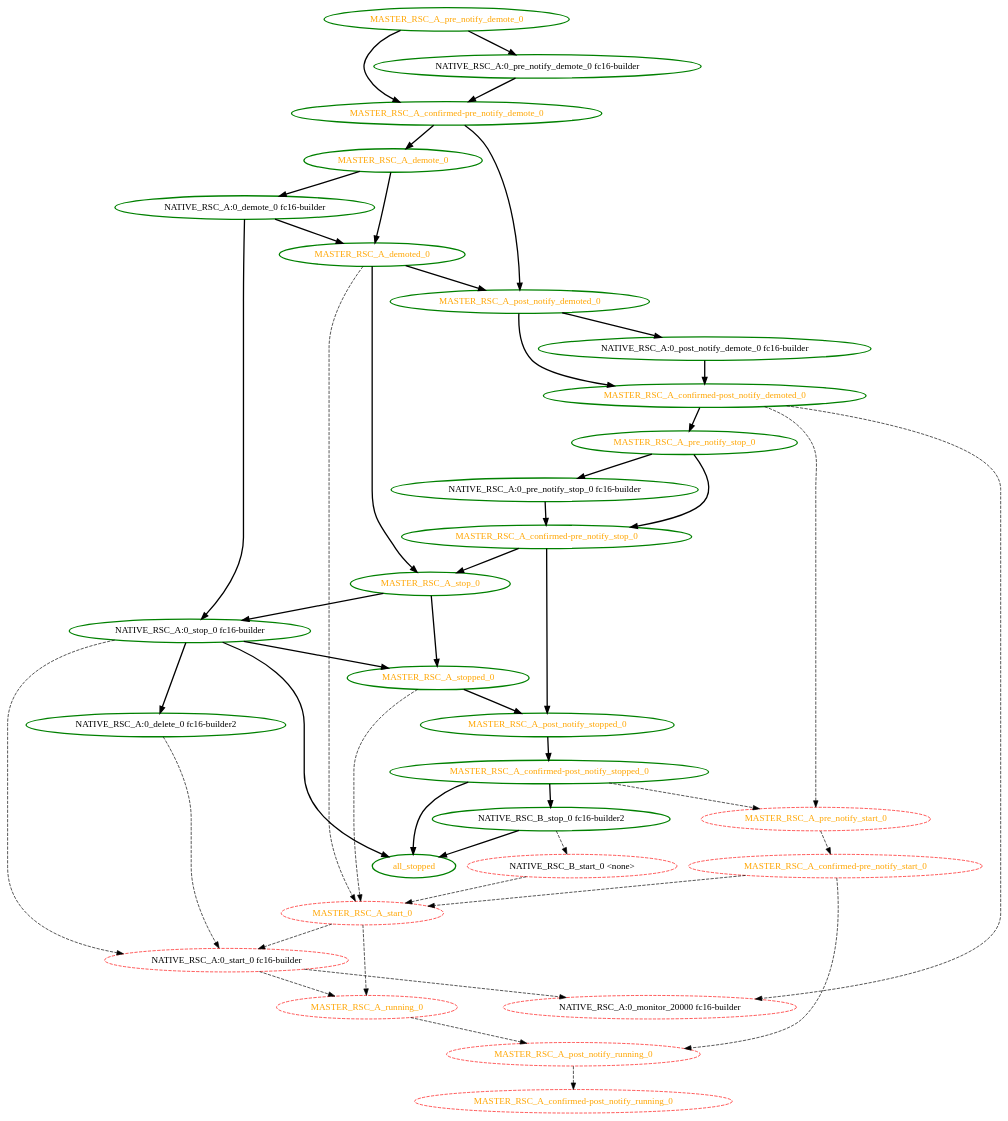
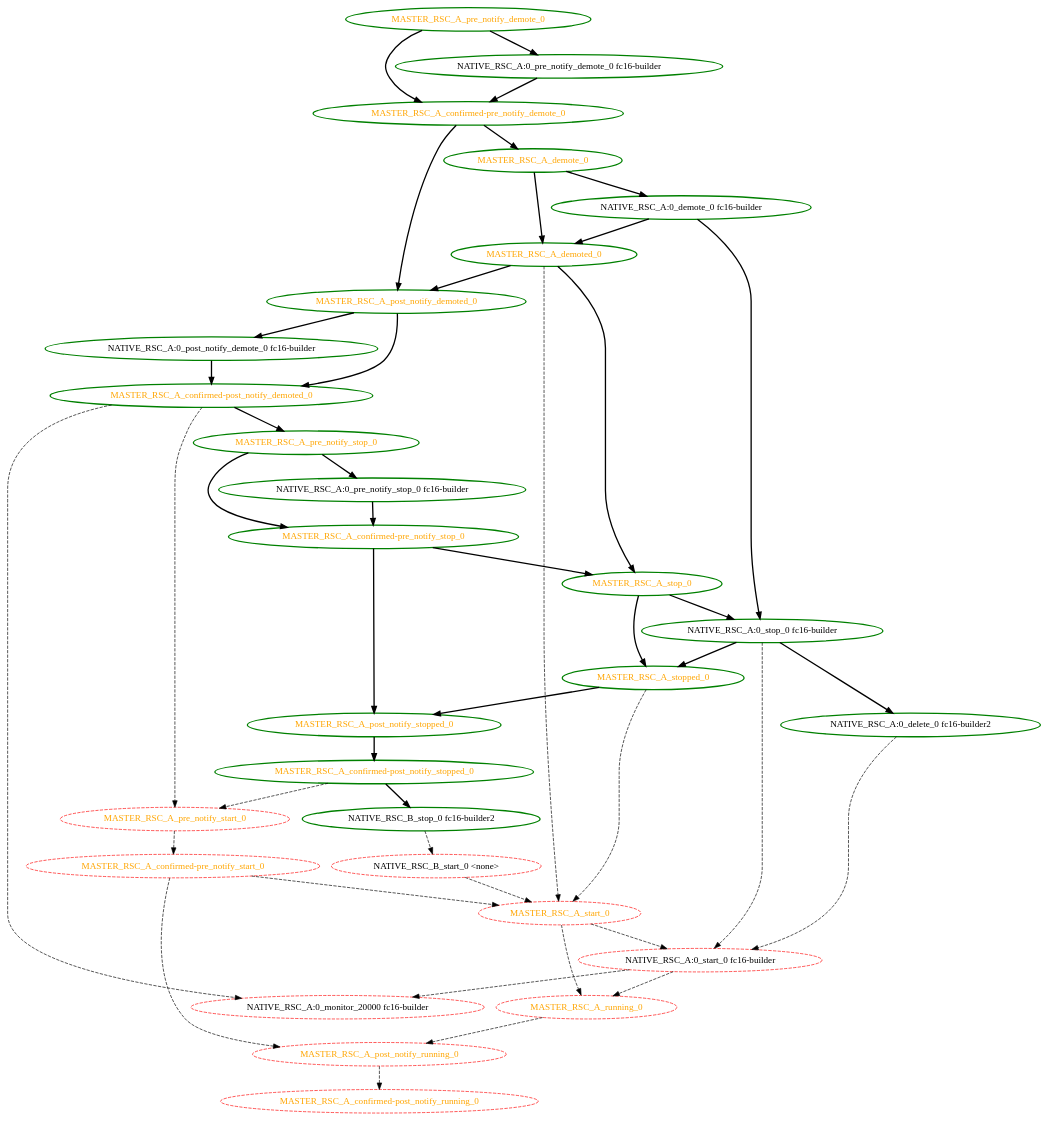
Before and after one commit to eurolinux-enterprise-linux-sources/pacemaker: the diagram in src/pengine/test10/order_constraint_stops_master.dot, drawn with Graphviz. The commit also changed 1674 other files, not shown here.

```diff
--- a/src/pengine/test10/order_constraint_stops_master.dot
+++ b/src/pengine/test10/order_constraint_stops_master.dot
@@ -1,79 +1,75 @@
  digraph "g" {
 "MASTER_RSC_A_confirmed-post_notify_demoted_0" -> "MASTER_RSC_A_pre_notify_start_0" [ style = dashed]
 "MASTER_RSC_A_confirmed-post_notify_demoted_0" -> "MASTER_RSC_A_pre_notify_stop_0" [ style = bold]
 "MASTER_RSC_A_confirmed-post_notify_demoted_0" -> "NATIVE_RSC_A:0_monitor_20000 fc16-builder" [ style = dashed]
 "MASTER_RSC_A_confirmed-post_notify_demoted_0" [ style=bold color="green" fontcolor="orange"]
 "MASTER_RSC_A_confirmed-post_notify_running_0" [ style=dashed color="red" fontcolor="orange"]
 "MASTER_RSC_A_confirmed-post_notify_stopped_0" -> "MASTER_RSC_A_pre_notify_start_0" [ style = dashed]
 "MASTER_RSC_A_confirmed-post_notify_stopped_0" -> "NATIVE_RSC_B_stop_0 fc16-builder2" [ style = bold]
-"MASTER_RSC_A_confirmed-post_notify_stopped_0" -> "all_stopped" [ style = bold]
 "MASTER_RSC_A_confirmed-post_notify_stopped_0" [ style=bold color="green" fontcolor="orange"]
 "MASTER_RSC_A_confirmed-pre_notify_demote_0" -> "MASTER_RSC_A_demote_0" [ style = bold]
 "MASTER_RSC_A_confirmed-pre_notify_demote_0" -> "MASTER_RSC_A_post_notify_demoted_0" [ style = bold]
 "MASTER_RSC_A_confirmed-pre_notify_demote_0" [ style=bold color="green" fontcolor="orange"]
 "MASTER_RSC_A_confirmed-pre_notify_start_0" -> "MASTER_RSC_A_post_notify_running_0" [ style = dashed]
 "MASTER_RSC_A_confirmed-pre_notify_start_0" -> "MASTER_RSC_A_start_0" [ style = dashed]
 "MASTER_RSC_A_confirmed-pre_notify_start_0" [ style=dashed color="red" fontcolor="orange"]
 "MASTER_RSC_A_confirmed-pre_notify_stop_0" -> "MASTER_RSC_A_post_notify_stopped_0" [ style = bold]
 "MASTER_RSC_A_confirmed-pre_notify_stop_0" -> "MASTER_RSC_A_stop_0" [ style = bold]
 "MASTER_RSC_A_confirmed-pre_notify_stop_0" [ style=bold color="green" fontcolor="orange"]
 "MASTER_RSC_A_demote_0" -> "MASTER_RSC_A_demoted_0" [ style = bold]
 "MASTER_RSC_A_demote_0" -> "NATIVE_RSC_A:0_demote_0 fc16-builder" [ style = bold]
 "MASTER_RSC_A_demote_0" [ style=bold color="green" fontcolor="orange"]
 "MASTER_RSC_A_demoted_0" -> "MASTER_RSC_A_post_notify_demoted_0" [ style = bold]
 "MASTER_RSC_A_demoted_0" -> "MASTER_RSC_A_start_0" [ style = dashed]
 "MASTER_RSC_A_demoted_0" -> "MASTER_RSC_A_stop_0" [ style = bold]
 "MASTER_RSC_A_demoted_0" [ style=bold color="green" fontcolor="orange"]
 "MASTER_RSC_A_post_notify_demoted_0" -> "MASTER_RSC_A_confirmed-post_notify_demoted_0" [ style = bold]
 "MASTER_RSC_A_post_notify_demoted_0" -> "NATIVE_RSC_A:0_post_notify_demote_0 fc16-builder" [ style = bold]
 "MASTER_RSC_A_post_notify_demoted_0" [ style=bold color="green" fontcolor="orange"]
 "MASTER_RSC_A_post_notify_running_0" -> "MASTER_RSC_A_confirmed-post_notify_running_0" [ style = dashed]
 "MASTER_RSC_A_post_notify_running_0" [ style=dashed color="red" fontcolor="orange"]
 "MASTER_RSC_A_post_notify_stopped_0" -> "MASTER_RSC_A_confirmed-post_notify_stopped_0" [ style = bold]
 "MASTER_RSC_A_post_notify_stopped_0" [ style=bold color="green" fontcolor="orange"]
 "MASTER_RSC_A_pre_notify_demote_0" -> "MASTER_RSC_A_confirmed-pre_notify_demote_0" [ style = bold]
 "MASTER_RSC_A_pre_notify_demote_0" -> "NATIVE_RSC_A:0_pre_notify_demote_0 fc16-builder" [ style = bold]
 "MASTER_RSC_A_pre_notify_demote_0" [ style=bold color="green" fontcolor="orange"]
 "MASTER_RSC_A_pre_notify_start_0" -> "MASTER_RSC_A_confirmed-pre_notify_start_0" [ style = dashed]
 "MASTER_RSC_A_pre_notify_start_0" [ style=dashed color="red" fontcolor="orange"]
 "MASTER_RSC_A_pre_notify_stop_0" -> "MASTER_RSC_A_confirmed-pre_notify_stop_0" [ style = bold]
 "MASTER_RSC_A_pre_notify_stop_0" -> "NATIVE_RSC_A:0_pre_notify_stop_0 fc16-builder" [ style = bold]
 "MASTER_RSC_A_pre_notify_stop_0" [ style=bold color="green" fontcolor="orange"]
 "MASTER_RSC_A_running_0" -> "MASTER_RSC_A_post_notify_running_0" [ style = dashed]
 "MASTER_RSC_A_running_0" [ style=dashed color="red" fontcolor="orange"]
 "MASTER_RSC_A_start_0" -> "MASTER_RSC_A_running_0" [ style = dashed]
 "MASTER_RSC_A_start_0" -> "NATIVE_RSC_A:0_start_0 fc16-builder" [ style = dashed]
 "MASTER_RSC_A_start_0" [ style=dashed color="red" fontcolor="orange"]
 "MASTER_RSC_A_stop_0" -> "MASTER_RSC_A_stopped_0" [ style = bold]
 "MASTER_RSC_A_stop_0" -> "NATIVE_RSC_A:0_stop_0 fc16-builder" [ style = bold]
 "MASTER_RSC_A_stop_0" [ style=bold color="green" fontcolor="orange"]
 "MASTER_RSC_A_stopped_0" -> "MASTER_RSC_A_post_notify_stopped_0" [ style = bold]
 "MASTER_RSC_A_stopped_0" -> "MASTER_RSC_A_start_0" [ style = dashed]
 "MASTER_RSC_A_stopped_0" [ style=bold color="green" fontcolor="orange"]
 "NATIVE_RSC_A:0_delete_0 fc16-builder2" -> "NATIVE_RSC_A:0_start_0 fc16-builder" [ style = dashed]
 "NATIVE_RSC_A:0_delete_0 fc16-builder2" [ style=bold color="green" fontcolor="black"]
 "NATIVE_RSC_A:0_demote_0 fc16-builder" -> "MASTER_RSC_A_demoted_0" [ style = bold]
 "NATIVE_RSC_A:0_demote_0 fc16-builder" -> "NATIVE_RSC_A:0_stop_0 fc16-builder" [ style = bold]
 "NATIVE_RSC_A:0_demote_0 fc16-builder" [ style=bold color="green" fontcolor="black"]
 "NATIVE_RSC_A:0_monitor_20000 fc16-builder" [ style=dashed color="red" fontcolor="black"]
 "NATIVE_RSC_A:0_post_notify_demote_0 fc16-builder" -> "MASTER_RSC_A_confirmed-post_notify_demoted_0" [ style = bold]
 "NATIVE_RSC_A:0_post_notify_demote_0 fc16-builder" [ style=bold color="green" fontcolor="black"]
 "NATIVE_RSC_A:0_pre_notify_demote_0 fc16-builder" -> "MASTER_RSC_A_confirmed-pre_notify_demote_0" [ style = bold]
 "NATIVE_RSC_A:0_pre_notify_demote_0 fc16-builder" [ style=bold color="green" fontcolor="black"]
 "NATIVE_RSC_A:0_pre_notify_stop_0 fc16-builder" -> "MASTER_RSC_A_confirmed-pre_notify_stop_0" [ style = bold]
 "NATIVE_RSC_A:0_pre_notify_stop_0 fc16-builder" [ style=bold color="green" fontcolor="black"]
 "NATIVE_RSC_A:0_start_0 fc16-builder" -> "MASTER_RSC_A_running_0" [ style = dashed]
 "NATIVE_RSC_A:0_start_0 fc16-builder" -> "NATIVE_RSC_A:0_monitor_20000 fc16-builder" [ style = dashed]
 "NATIVE_RSC_A:0_start_0 fc16-builder" [ style=dashed color="red" fontcolor="black"]
 "NATIVE_RSC_A:0_stop_0 fc16-builder" -> "MASTER_RSC_A_stopped_0" [ style = bold]
 "NATIVE_RSC_A:0_stop_0 fc16-builder" -> "NATIVE_RSC_A:0_delete_0 fc16-builder2" [ style = bold]
 "NATIVE_RSC_A:0_stop_0 fc16-builder" -> "NATIVE_RSC_A:0_start_0 fc16-builder" [ style = dashed]
-"NATIVE_RSC_A:0_stop_0 fc16-builder" -> "all_stopped" [ style = bold]
 "NATIVE_RSC_A:0_stop_0 fc16-builder" [ style=bold color="green" fontcolor="black"]
 "NATIVE_RSC_B_start_0 <none>" -> "MASTER_RSC_A_start_0" [ style = dashed]
 "NATIVE_RSC_B_start_0 <none>" [ style=dashed color="red" fontcolor="black"]
 "NATIVE_RSC_B_stop_0 fc16-builder2" -> "NATIVE_RSC_B_start_0 <none>" [ style = dashed]
-"NATIVE_RSC_B_stop_0 fc16-builder2" -> "all_stopped" [ style = bold]
 "NATIVE_RSC_B_stop_0 fc16-builder2" [ style=bold color="green" fontcolor="black"]
-"all_stopped" [ style=bold color="green" fontcolor="orange"]
 }
```
